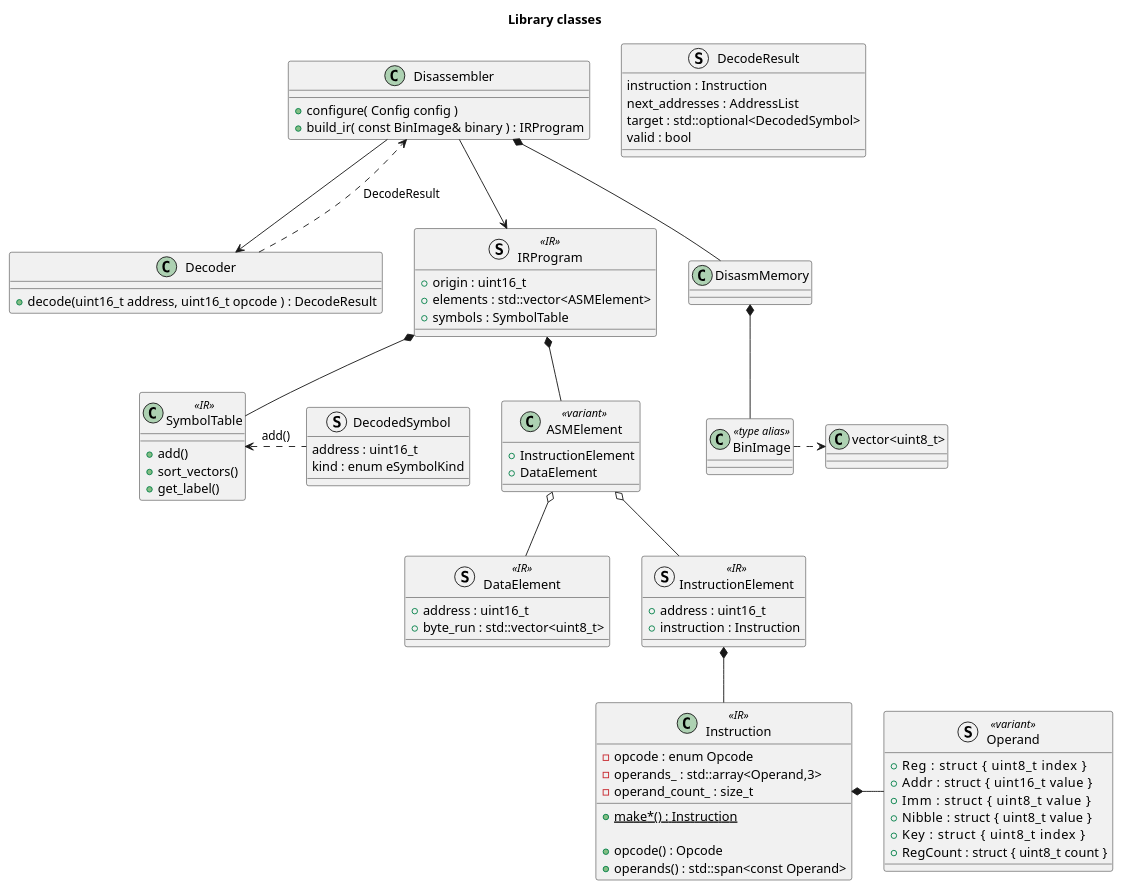
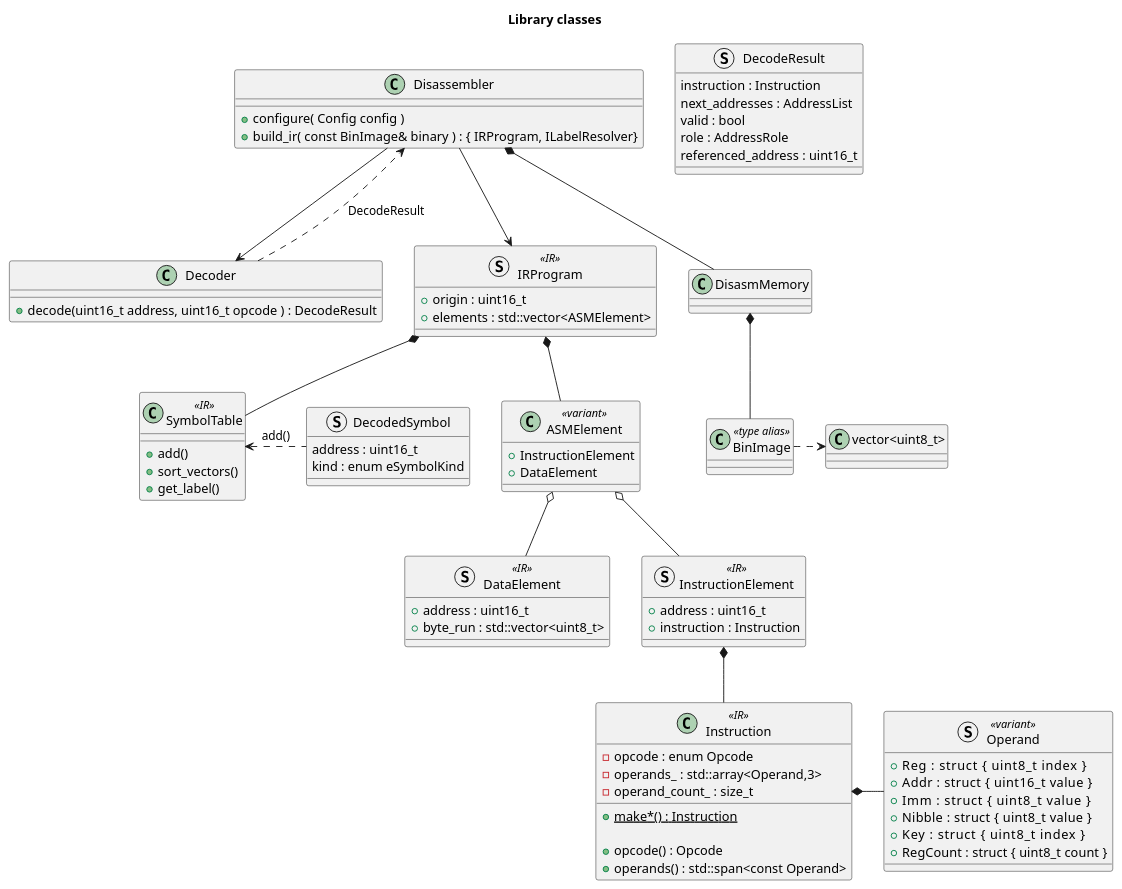
One commit to alwinl/chip8 changed the diagram in chip8ir/doc/library_classes.plantuml. Above: the diagram before and after it, drawn with PlantUML. The commit also changed 38 other files, not shown here.

```diff
--- a/chip8ir/doc/library_classes.plantuml
+++ b/chip8ir/doc/library_classes.plantuml
@@ -1,110 +1,110 @@
 @startuml library_classes
 title "Library classes"
 
 struct Operand <<variant>>
 {
 	+Reg      : struct { uint8_t index  }
 	+Addr     : struct { uint16_t value }
 	+Imm      : struct { uint8_t value  }
 	+Nibble   : struct { uint8_t value  }
 	+Key      : struct { uint8_t index  }
 	+RegCount : struct { uint8_t count  }
 }
 
 class Instruction <<IR>>
 {
 	+{static} make*() : Instruction
 
 	+opcode() : Opcode
 	+operands() : std::span<const Operand>
 
 	-opcode : enum Opcode
 	-operands_ : std::array<Operand,3>
 	-operand_count_ : size_t
 }
 
 Instruction *- Operand
 
 struct DataElement <<IR>>
 {
 	+address : uint16_t
 	+byte_run : std::vector<uint8_t>
 }
 
 struct InstructionElement <<IR>>
 {
 	+address : uint16_t
 	+instruction : Instruction
 }
 
 class ASMElement <<variant>>
 {
     +InstructionElement
     +DataElement
 }
 
 struct DecodedSymbol
 {
 	address : uint16_t
 	 kind : enum eSymbolKind
 }
 
 class SymbolTable <<IR>>
 {
 	+add()
 	+sort_vectors()
 	+get_label()
 }
 
 ASMElement o-- DataElement
 ASMElement o-- InstructionElement
 
 InstructionElement *-- Instruction
 
 SymbolTable <. DecodedSymbol : add()
 
 struct IRProgram <<IR>>
 {
     +origin : uint16_t
     +elements : std::vector<ASMElement>
-    +symbols : SymbolTable
 }
 
 IRProgram *-- ASMElement
 IRProgram *-- SymbolTable
 
 struct DecodeResult
 {
 	instruction : Instruction
 	next_addresses : AddressList
-	target : std::optional<DecodedSymbol>
 	valid : bool
+	role : AddressRole
+	referenced_address : uint16_t
 }
 
 class Decoder
 {
 	+decode(uint16_t address, uint16_t opcode ) : DecodeResult
 }
 
 ' Decoder <. DecodeResult
 
 class DisasmMemory
 
 class BinImage <<type alias>>
 BinImage .> "vector<uint8_t>"
 
 class Disassembler
 {
 	+configure( Config config )
-	+build_ir( const BinImage& binary ) : IRProgram
+	+build_ir( const BinImage& binary ) : { IRProgram, ILabelResolver}
 }
 
 Disassembler *-- DisasmMemory
 Disassembler --> Decoder
 Disassembler --> IRProgram
 
 
 Decoder ..> Disassembler : DecodeResult
 
 DisasmMemory *-- BinImage
 @enduml
```
